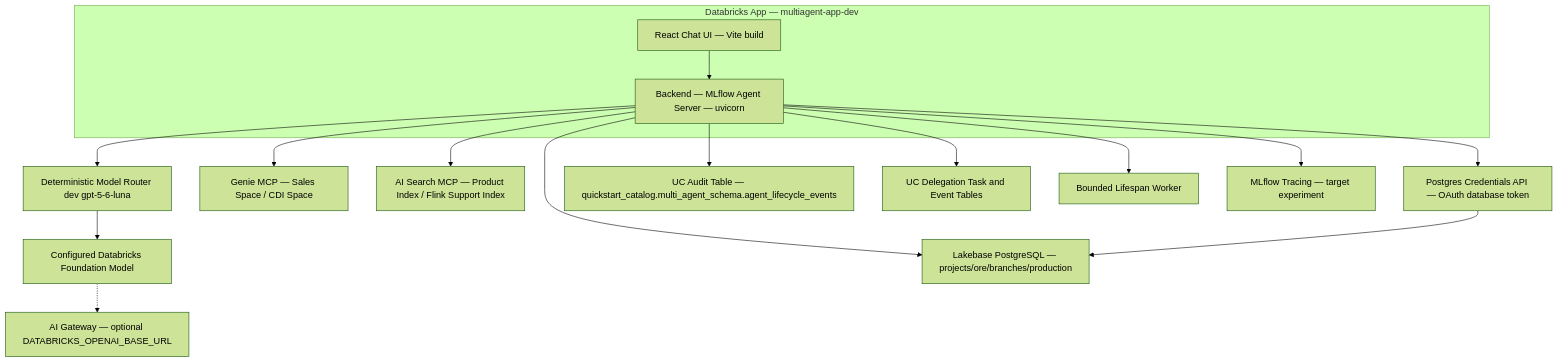
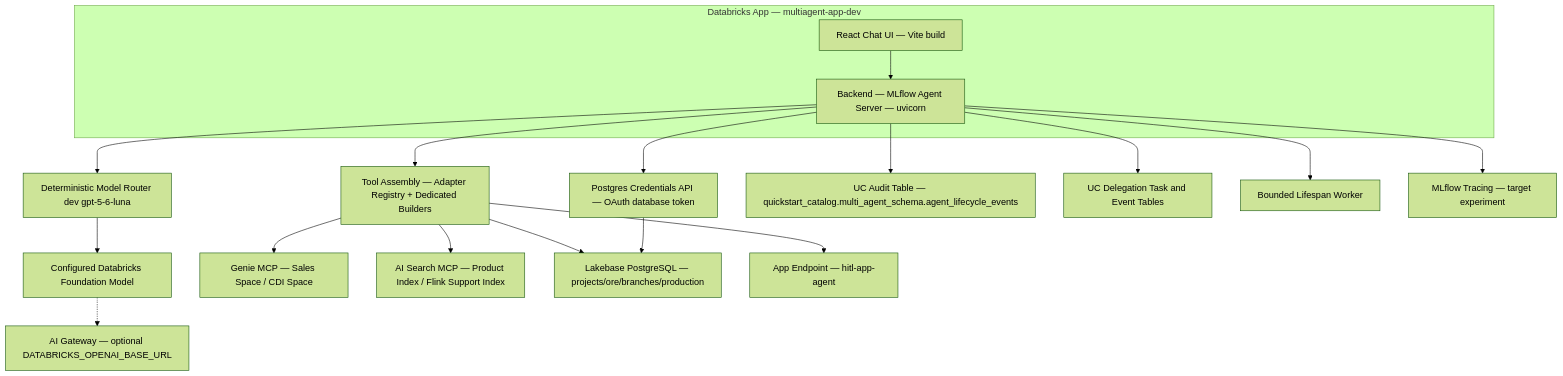
The second of 3 diagrams in docs/architecture/design-artifacts/05-deployment-high-level.md (wchen-dea/Governed-Multi-Agent-Intelligence-on-Databricks), drawn with Mermaid (forest theme) before and after one commit. The commit also changed other lines of this file and 13 other files, not shown here.

````diff
--- a/docs/architecture/design-artifacts/05-deployment-high-level.md
+++ b/docs/architecture/design-artifacts/05-deployment-high-level.md
@@ -20,21 +20,23 @@
 ```mermaid
 flowchart TB
     subgraph DatabricksApp[Databricks App — multiagent-app-dev]
         FE[React Chat UI — Vite build]
         BE[Backend — MLflow Agent Server — uvicorn]
     end
 
     FE --> BE
     BE --> MR[Deterministic Model Router dev gpt-5-6-luna]
     MR --> FM[Configured Databricks Foundation Model]
     FM -.-> AIGW[AI Gateway — optional DATABRICKS_OPENAI_BASE_URL]
-    BE --> GENIE[Genie MCP — Sales Space / CDI Space]
-    BE --> AIS[AI Search MCP — Product Index / Flink Support Index]
-    BE --> LB[Lakebase PostgreSQL — projects/ore/branches/production]
+    BE --> ASM[Tool Assembly — Adapter Registry + Dedicated Builders]
+    ASM --> GENIE[Genie MCP — Sales Space / CDI Space]
+    ASM --> AIS[AI Search MCP — Product Index / Flink Support Index]
+    ASM --> LB[Lakebase PostgreSQL — projects/ore/branches/production]
+    ASM --> HITL[App Endpoint — hitl-app-agent]
     BE --> OAuth[Postgres Credentials API — OAuth database token]
     BE --> AUD[UC Audit Table — quickstart_catalog.multi_agent_schema.agent_lifecycle_events]
     BE --> TASKS[UC Delegation Task and Event Tables]
     BE --> WORKER[Bounded Lifespan Worker]
     BE --> OBS[MLflow Tracing — target experiment]
     OAuth --> LB
 ```
````
